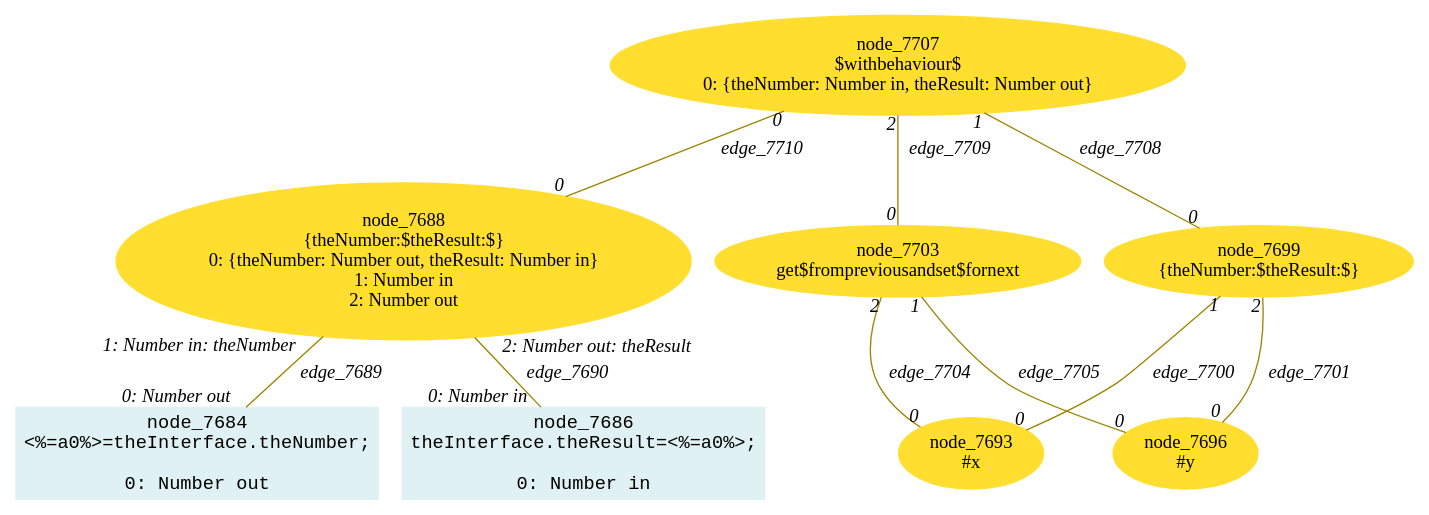
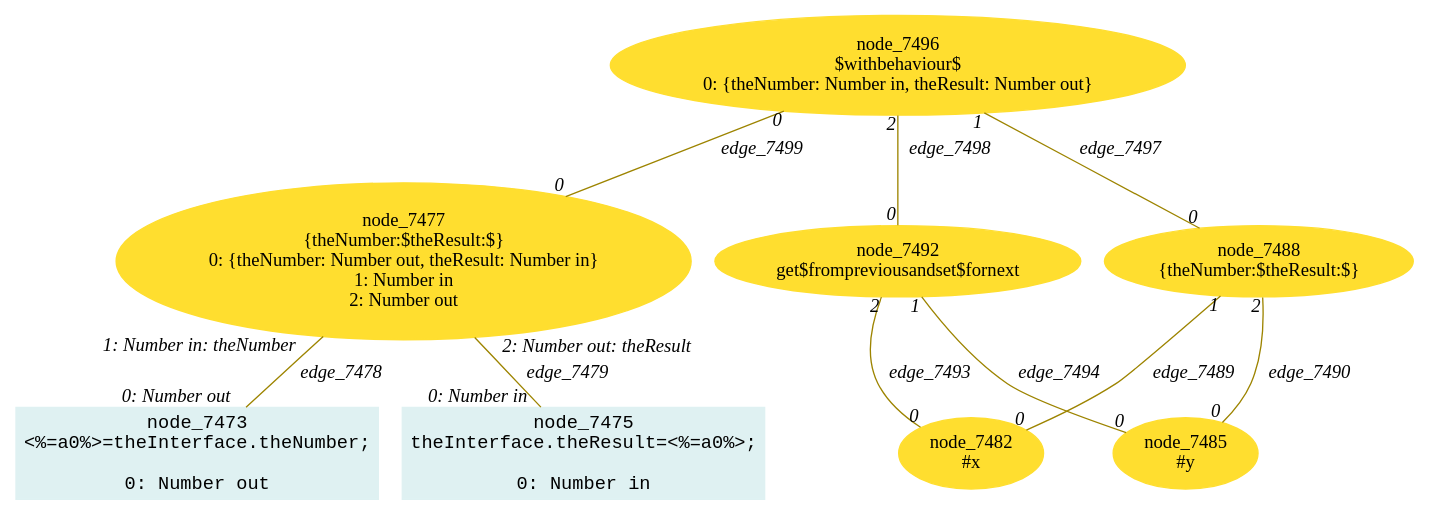
The diagram in lidl-core/example/ok/simplePreviousNext/dot/13referentialTransparencyInstances1.dot (crubier/lidl), drawn with Graphviz before and after one commit. The commit also changed 1179 other files, not shown here.

```diff
--- a/lidl-core/example/ok/simplePreviousNext/dot/13referentialTransparencyInstances1.dot
+++ b/lidl-core/example/ok/simplePreviousNext/dot/13referentialTransparencyInstances1.dot
@@ -1,38 +1,38 @@
-digraph g{node_7684 [shape="box", style="filled", color="#dff1f2", fontname="Courier", label="node_7684
+digraph g{node_7473 [shape="box", style="filled", color="#dff1f2", fontname="Courier", label="node_7473
 <%=a0%>=theInterface.theNumber;
 
 0: Number out" ]
-node_7686 [shape="box", style="filled", color="#dff1f2", fontname="Courier", label="node_7686
+node_7475 [shape="box", style="filled", color="#dff1f2", fontname="Courier", label="node_7475
 theInterface.theResult=<%=a0%>;
 
 0: Number in" ]
-node_7688 [shape="ellipse", style="filled", color="#ffde2f", fontname="Times", label="node_7688
+node_7477 [shape="ellipse", style="filled", color="#ffde2f", fontname="Times", label="node_7477
 {theNumber:$theResult:$}
 0: {theNumber: Number out, theResult: Number in}
 1: Number in
 2: Number out" ]
-node_7693 [shape="ellipse", style="filled", color="#ffde2f", fontname="Times", label="node_7693
+node_7482 [shape="ellipse", style="filled", color="#ffde2f", fontname="Times", label="node_7482
 #x
 " ]
-node_7696 [shape="ellipse", style="filled", color="#ffde2f", fontname="Times", label="node_7696
+node_7485 [shape="ellipse", style="filled", color="#ffde2f", fontname="Times", label="node_7485
 #y
 " ]
-node_7699 [shape="ellipse", style="filled", color="#ffde2f", fontname="Times", label="node_7699
+node_7488 [shape="ellipse", style="filled", color="#ffde2f", fontname="Times", label="node_7488
 {theNumber:$theResult:$}
 " ]
-node_7703 [shape="ellipse", style="filled", color="#ffde2f", fontname="Times", label="node_7703
+node_7492 [shape="ellipse", style="filled", color="#ffde2f", fontname="Times", label="node_7492
 get$frompreviousandset$fornext
 " ]
-node_7707 [shape="ellipse", style="filled", color="#ffde2f", fontname="Times", label="node_7707
+node_7496 [shape="ellipse", style="filled", color="#ffde2f", fontname="Times", label="node_7496
 $withbehaviour$
 0: {theNumber: Number in, theResult: Number out}" ]
-node_7688 -> node_7684 [dir=none, arrowHead=none, fontname="Times-Italic", arrowsize=1, color="#9d8400", label="edge_7689",  headlabel="0: Number out", taillabel="1: Number in: theNumber" ]
-node_7688 -> node_7686 [dir=none, arrowHead=none, fontname="Times-Italic", arrowsize=1, color="#9d8400", label="edge_7690",  headlabel="0: Number in", taillabel="2: Number out: theResult" ]
-node_7699 -> node_7693 [dir=none, arrowHead=none, fontname="Times-Italic", arrowsize=1, color="#9d8400", label="edge_7700",  headlabel="0", taillabel="1" ]
-node_7699 -> node_7696 [dir=none, arrowHead=none, fontname="Times-Italic", arrowsize=1, color="#9d8400", label="edge_7701",  headlabel="0", taillabel="2" ]
-node_7703 -> node_7693 [dir=none, arrowHead=none, fontname="Times-Italic", arrowsize=1, color="#9d8400", label="edge_7704",  headlabel="0", taillabel="2" ]
-node_7703 -> node_7696 [dir=none, arrowHead=none, fontname="Times-Italic", arrowsize=1, color="#9d8400", label="edge_7705",  headlabel="0", taillabel="1" ]
-node_7707 -> node_7699 [dir=none, arrowHead=none, fontname="Times-Italic", arrowsize=1, color="#9d8400", label="edge_7708",  headlabel="0", taillabel="1" ]
-node_7707 -> node_7703 [dir=none, arrowHead=none, fontname="Times-Italic", arrowsize=1, color="#9d8400", label="edge_7709",  headlabel="0", taillabel="2" ]
-node_7707 -> node_7688 [dir=none, arrowHead=none, fontname="Times-Italic", arrowsize=1, color="#9d8400", label="edge_7710",  headlabel="0", taillabel="0" ]
+node_7477 -> node_7473 [dir=none, arrowHead=none, fontname="Times-Italic", arrowsize=1, color="#9d8400", label="edge_7478",  headlabel="0: Number out", taillabel="1: Number in: theNumber" ]
+node_7477 -> node_7475 [dir=none, arrowHead=none, fontname="Times-Italic", arrowsize=1, color="#9d8400", label="edge_7479",  headlabel="0: Number in", taillabel="2: Number out: theResult" ]
+node_7488 -> node_7482 [dir=none, arrowHead=none, fontname="Times-Italic", arrowsize=1, color="#9d8400", label="edge_7489",  headlabel="0", taillabel="1" ]
+node_7488 -> node_7485 [dir=none, arrowHead=none, fontname="Times-Italic", arrowsize=1, color="#9d8400", label="edge_7490",  headlabel="0", taillabel="2" ]
+node_7492 -> node_7482 [dir=none, arrowHead=none, fontname="Times-Italic", arrowsize=1, color="#9d8400", label="edge_7493",  headlabel="0", taillabel="2" ]
+node_7492 -> node_7485 [dir=none, arrowHead=none, fontname="Times-Italic", arrowsize=1, color="#9d8400", label="edge_7494",  headlabel="0", taillabel="1" ]
+node_7496 -> node_7488 [dir=none, arrowHead=none, fontname="Times-Italic", arrowsize=1, color="#9d8400", label="edge_7497",  headlabel="0", taillabel="1" ]
+node_7496 -> node_7492 [dir=none, arrowHead=none, fontname="Times-Italic", arrowsize=1, color="#9d8400", label="edge_7498",  headlabel="0", taillabel="2" ]
+node_7496 -> node_7477 [dir=none, arrowHead=none, fontname="Times-Italic", arrowsize=1, color="#9d8400", label="edge_7499",  headlabel="0", taillabel="0" ]
 }
```
